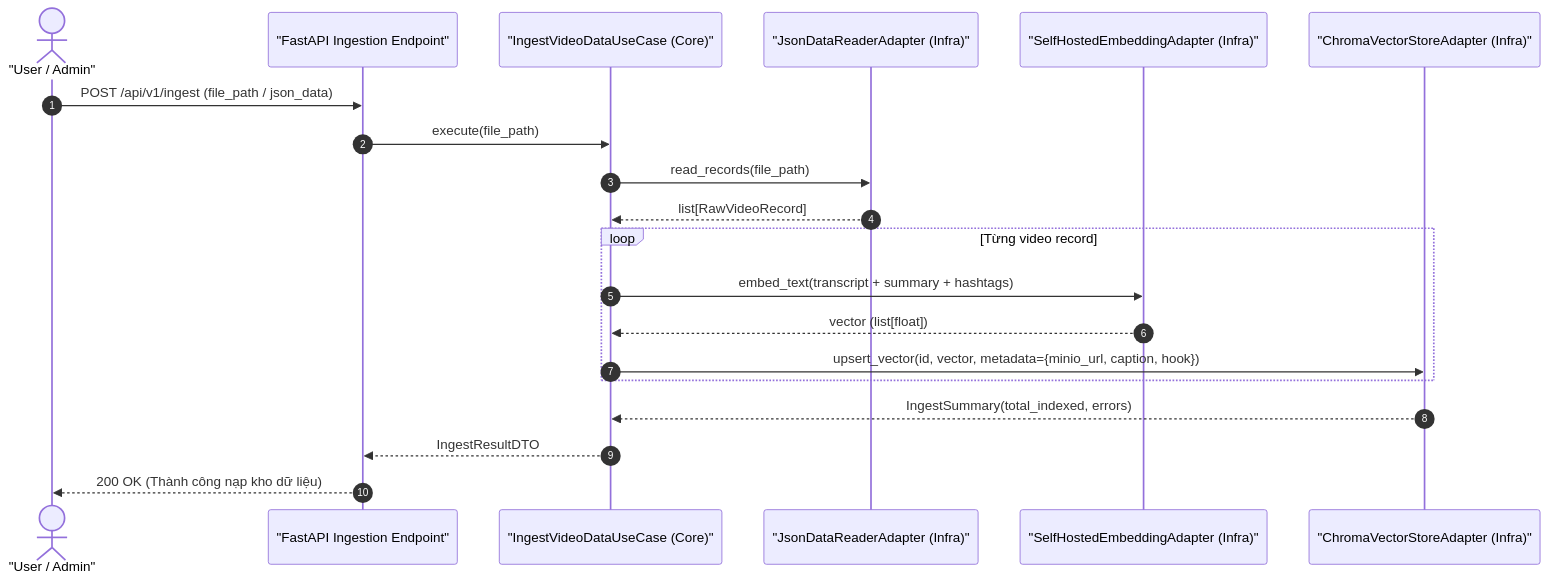
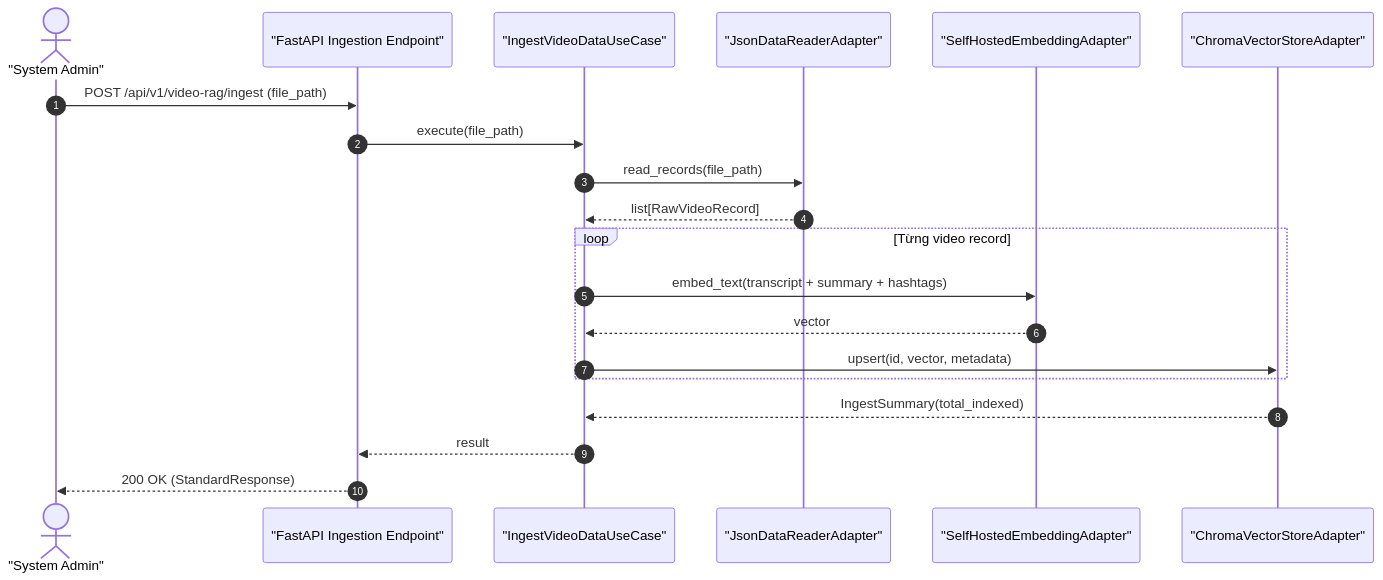
The third of 4 diagrams in docs/system-architecture.md (DUT-MAKER/video-rag), drawn with Mermaid before and after one commit. The commit also changed other lines of this file and 6 other files, not shown here.

First line of the commit message:
docs: update Clean Architecture and system architecture documentation

````diff
--- a/docs/system-architecture.md
+++ b/docs/system-architecture.md
@@ -113,25 +209,25 @@
 ```mermaid
 sequenceDiagram
     autonumber
-    actor Admin as "User / Admin"
+    actor Admin as "System Admin"
     participant API as "FastAPI Ingestion Endpoint"
-    participant UC as "IngestVideoDataUseCase (Core)"
-    participant Reader as "JsonDataReaderAdapter (Infra)"
-    participant Embed as "SelfHostedEmbeddingAdapter (Infra)"
-    participant Chroma as "ChromaVectorStoreAdapter (Infra)"
+    participant UC as "IngestVideoDataUseCase"
+    participant Reader as "JsonDataReaderAdapter"
+    participant Embed as "SelfHostedEmbeddingAdapter"
+    participant Vector as "ChromaVectorStoreAdapter"
 
-    Admin->>API: POST /api/v1/ingest (file_path / json_data)
+    Admin->>API: POST /api/v1/video-rag/ingest (file_path)
     API->>UC: execute(file_path)
     UC->>Reader: read_records(file_path)
     Reader-->>UC: list[RawVideoRecord]
     
     loop Từng video record
         UC->>Embed: embed_text(transcript + summary + hashtags)
-        Embed-->>UC: vector (list[float])
-        UC->>Chroma: upsert_vector(id, vector, metadata={minio_url, caption, hook})
+        Embed-->>UC: vector
+        UC->>Vector: upsert(id, vector, metadata)
     end
     
-    Chroma-->>UC: IngestSummary(total_indexed, errors)
-    UC-->>API: IngestResultDTO
-    API-->>Admin: 200 OK (Thành công nạp kho dữ liệu)
+    Vector-->>UC: IngestSummary(total_indexed)
+    UC-->>API: result
+    API-->>Admin: 200 OK (StandardResponse)
 ```
````
